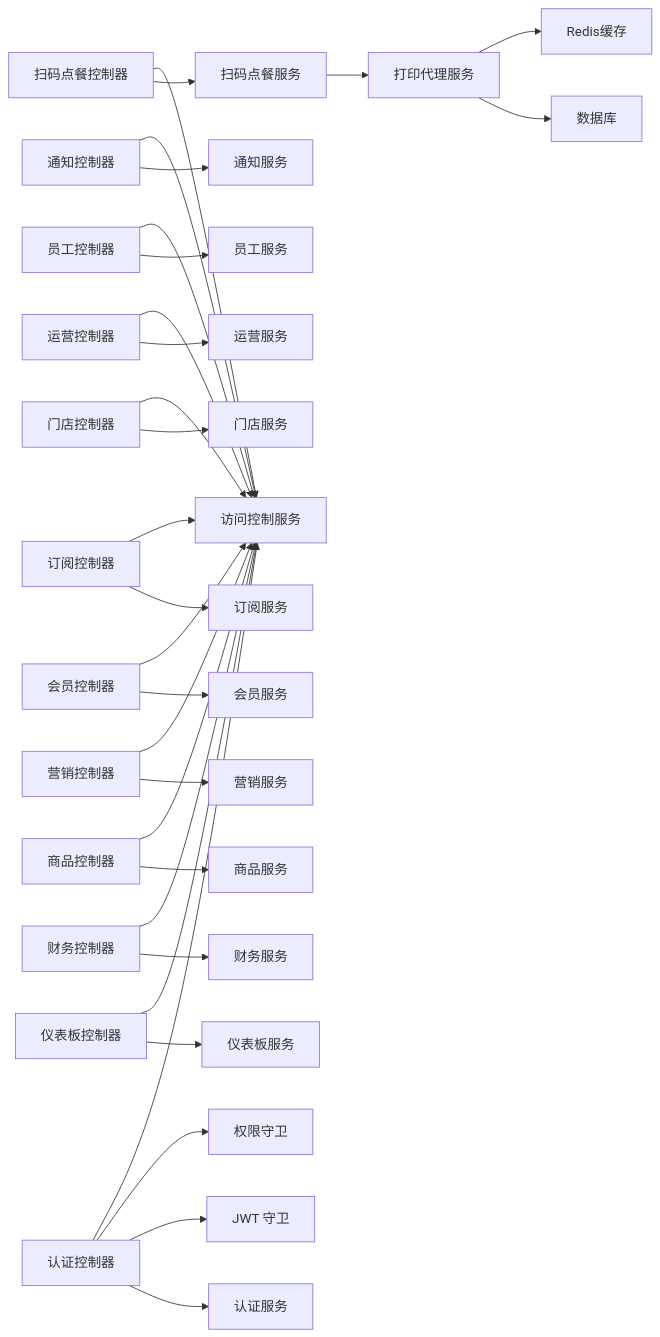
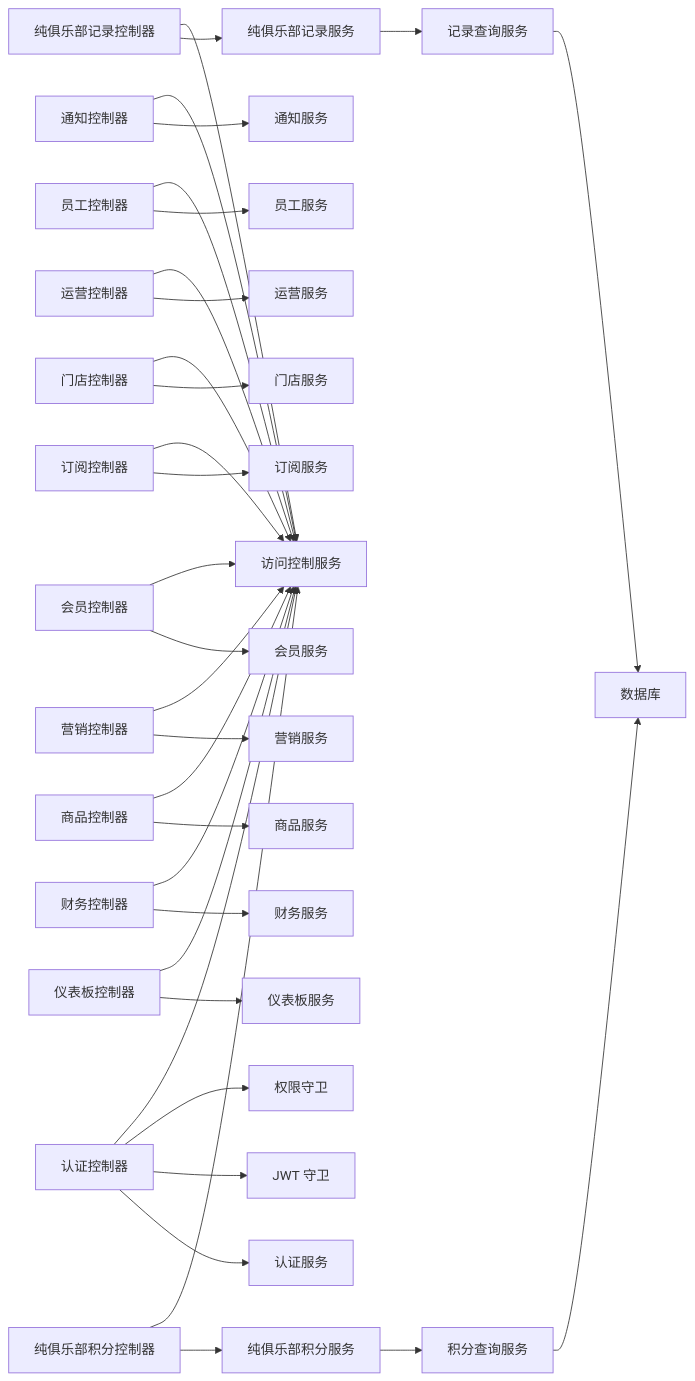
Before and after one commit to rc558620/purelyprofit-server: diagram 15 of 15 in .qoder/repowiki/zh/content/API 接口文档/API 接口文档.md, drawn with Mermaid. The commit also changed other lines of this file and 4 other files, not shown here.

````diff
--- a/.qoder/repowiki/zh/content/API 接口文档/API 接口文档.md
+++ b/.qoder/repowiki/zh/content/API 接口文档/API 接口文档.md
@@ -836,32 +891,35 @@
 ```mermaid
 graph LR
 AC["认证控制器"] --> AS["认证服务"]
 DC["仪表板控制器"] --> DS["仪表板服务"]
 FC["财务控制器"] --> FS["财务服务"]
 GC["商品控制器"] --> GS["商品服务"]
 MC["营销控制器"] --> MS["营销服务"]
 MeC["会员控制器"] --> MeS["会员服务"]
 SC["订阅控制器"] --> SS["订阅服务"]
 StC["门店控制器"] --> StS["门店服务"]
 OC["运营控制器"] --> OS["运营服务"]
 EC["员工控制器"] --> ES["员工服务"]
 NC["通知控制器"] --> NS["通知服务"]
-SOC["扫码点餐控制器"] --> SAS["扫码点餐服务"]
-SAS --> PAS["打印代理服务"]
-PAS --> PRISMA["数据库"]
-PAS --> REDIS["Redis缓存"]
+PC["纯俱乐部积分控制器"] --> PCS["纯俱乐部积分服务"]
+RC["纯俱乐部记录控制器"] --> RCS["纯俱乐部记录服务"]
+PCS --> PQS["积分查询服务"]
+RCS --> RQS["记录查询服务"]
+PQS --> PRISMA["数据库"]
+RQS --> PRISMA
 AC --> JwtGuard["JWT 守卫"]
 AC --> PermGuard["权限守卫"]
 AC --> ACService["访问控制服务"]
 DC --> ACService
 FC --> ACService
 GC --> ACService
 MC --> ACService
 MeC --> ACService
 SC --> ACService
 StC --> ACService
 OC --> ACService
 EC --> ACService
 NC --> ACService
-SOC --> ACService
+PC --> ACService
+RC --> ACService
 ```
````
